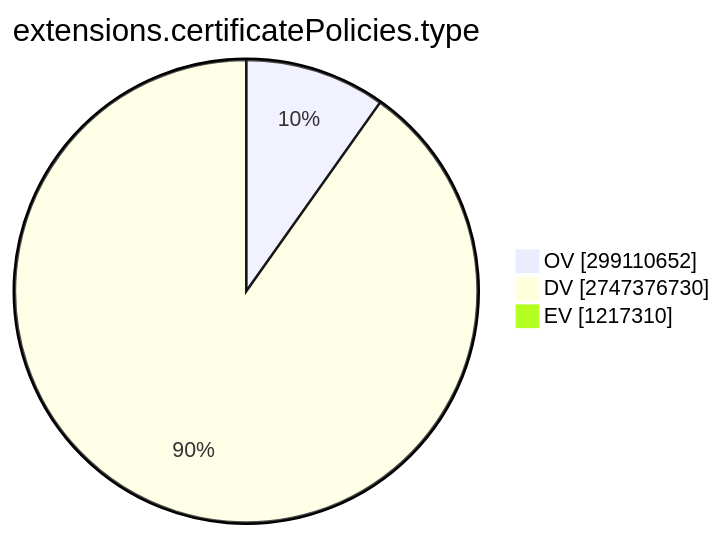
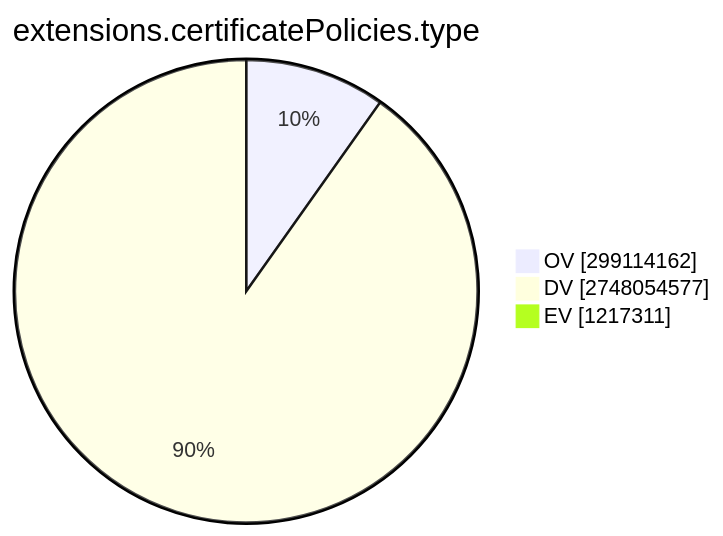
One commit to christiankrug/ctmonitor_visualization changed the ninth of 15 diagrams in TOTAL/README.md. Above: the diagram before and after it, drawn with Mermaid. The commit also changed other lines of this file, not shown here.

````diff
--- a/TOTAL/README.md
+++ b/TOTAL/README.md
@@ -3100,7 +3100,7 @@
 ```mermaid
 pie showData
 title extensions.certificatePolicies.type
-"OV" :299110652
-"DV" :2747376730
-"EV" :1217310
+"OV" :299114162
+"DV" :2748054577
+"EV" :1217311
 ```
````
